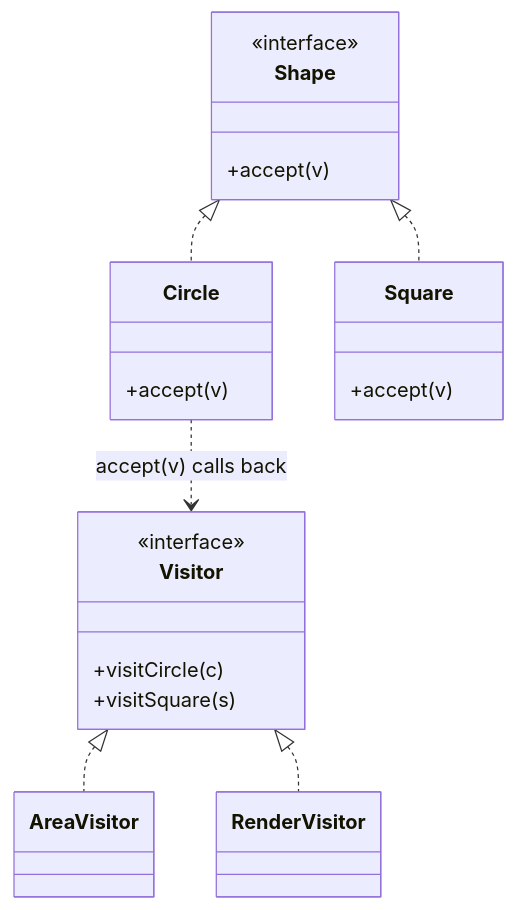
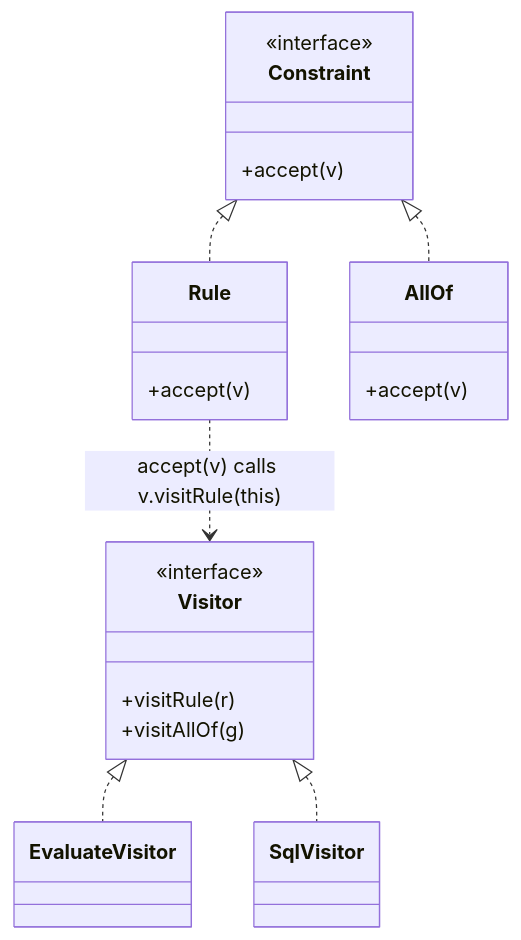
Before and after one commit to battlerhythm/battlerhythm.github.io: the diagram in _design_patterns/m4-visitor.md, drawn with Mermaid. The commit also changed other lines of this file and 3 other files, not shown here.

````diff
--- a/_design_patterns/m4-visitor.md
+++ b/_design_patterns/m4-visitor.md
@@ -26,25 +50,25 @@
 ```mermaid
 classDiagram
     class Visitor {
         <<interface>>
-        +visitCircle(c)
-        +visitSquare(s)
+        +visitRule(r)
+        +visitAllOf(g)
     }
-    class AreaVisitor
-    class RenderVisitor
-    class Shape {
+    class EvaluateVisitor
+    class SqlVisitor
+    class Constraint {
         <<interface>>
         +accept(v)
     }
-    class Circle {
+    class Rule {
         +accept(v)
     }
-    class Square {
+    class AllOf {
         +accept(v)
     }
-    Visitor <|.. AreaVisitor
-    Visitor <|.. RenderVisitor
-    Shape <|.. Circle
-    Shape <|.. Square
-    Circle ..> Visitor : accept(v) calls back
+    Visitor <|.. EvaluateVisitor
+    Visitor <|.. SqlVisitor
+    Constraint <|.. Rule
+    Constraint <|.. AllOf
+    Rule ..> Visitor : accept(v) calls v.visitRule(this)
 ```
````
